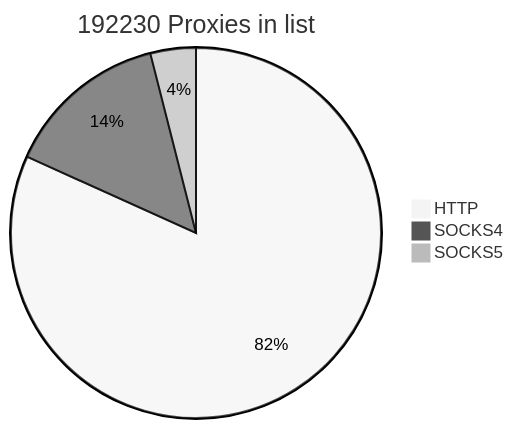
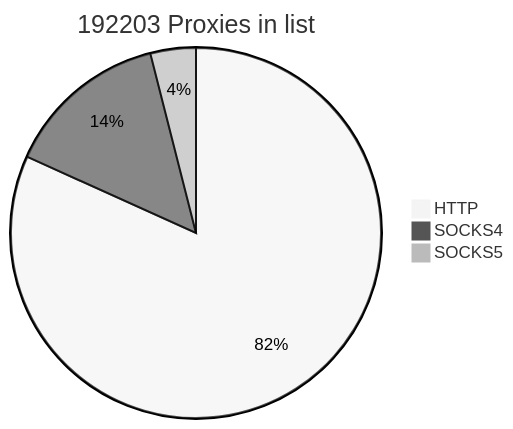
Before and after one commit to cutipu/proxylist: the first of 2 diagrams in README.md, drawn with Mermaid (neutral theme). The commit also changed other lines of this file, not shown here.

````diff
--- a/README.md
+++ b/README.md
@@ -2,7 +2,7 @@
 ```mermaid
-pie title 192230 Proxies in list
-    "HTTP" : 157157
+pie title 192203 Proxies in list
+    "HTTP" : 157131
     "SOCKS4" : 27451
-    "SOCKS5" : 7622
+    "SOCKS5" : 7621
             
 ```
````
